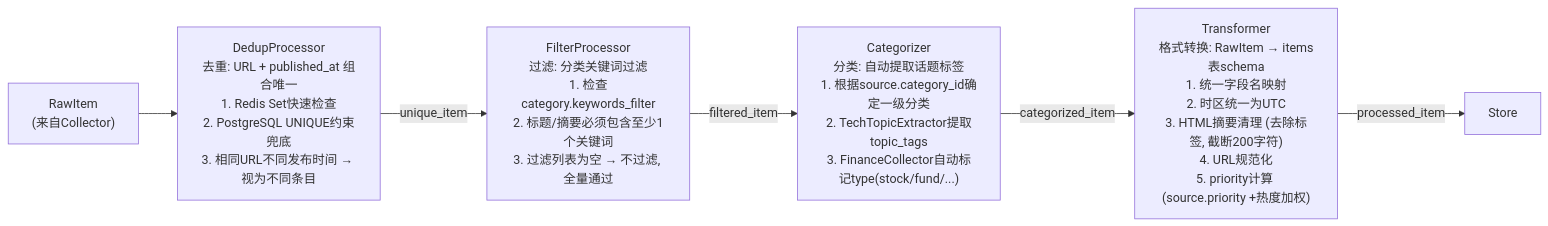
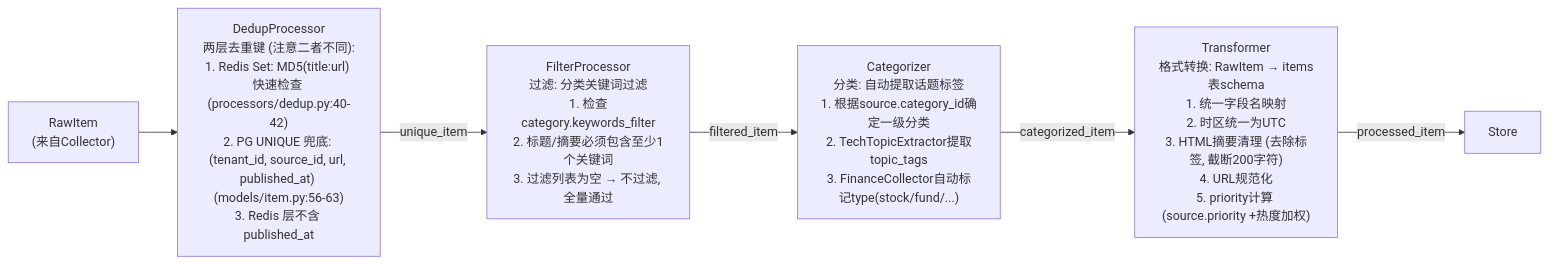
Before and after one commit to onceme/instantboard: the third of 12 diagrams in docs/design/data-flow.md, drawn with Mermaid. The commit also changed other lines of this file and 14 other files, not shown here.

````diff
--- a/docs/design/data-flow.md
+++ b/docs/design/data-flow.md
@@ -245,8 +198,8 @@
 ```mermaid
 graph LR
-    RawItem["RawItem<br>(来自Collector)"] --> DedupProcessor["DedupProcessor<br>去重: URL + published_at 组合唯一<br>1. Redis Set快速检查<br>2. PostgreSQL UNIQUE约束兜底<br>3. 相同URL不同发布时间 → 视为不同条目"]
+    RawItem["RawItem<br>(来自Collector)"] --> DedupProcessor["DedupProcessor<br>两层去重键 (注意二者不同):<br>1. Redis Set: MD5(title:url) 快速检查 (processors/dedup.py:40-42)<br>2. PG UNIQUE 兜底: (tenant_id, source_id, url, published_at) (models/item.py:56-63)<br>3. Redis 层不含 published_at"]
     DedupProcessor -->|"unique_item"| FilterProcessor["FilterProcessor<br>过滤: 分类关键词过滤<br>1. 检查category.keywords_filter<br>2. 标题/摘要必须包含至少1个关键词<br>3. 过滤列表为空 → 不过滤, 全量通过"]
     FilterProcessor -->|"filtered_item"| Categorizer["Categorizer<br>分类: 自动提取话题标签<br>1. 根据source.category_id确定一级分类<br>2. TechTopicExtractor提取topic_tags<br>3. FinanceCollector自动标记type(stock/fund/...)"]
     Categorizer -->|"categorized_item"| Transformer["Transformer<br>格式转换: RawItem → items表schema<br>1. 统一字段名映射<br>2. 时区统一为UTC<br>3. HTML摘要清理 (去除标签, 截断200字符)<br>4. URL规范化<br>5. priority计算 (source.priority +热度加权)"]
     Transformer -->|"processed_item"| Store["Store"]
 ```
````
